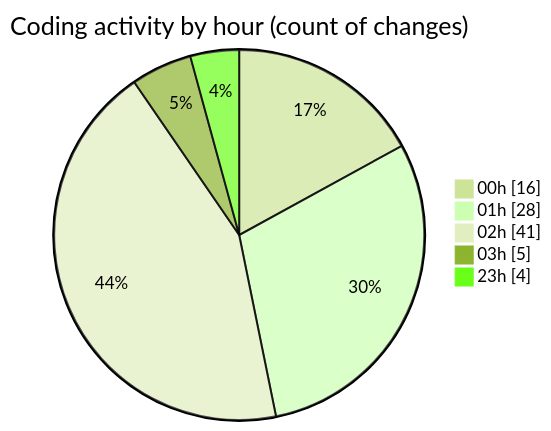
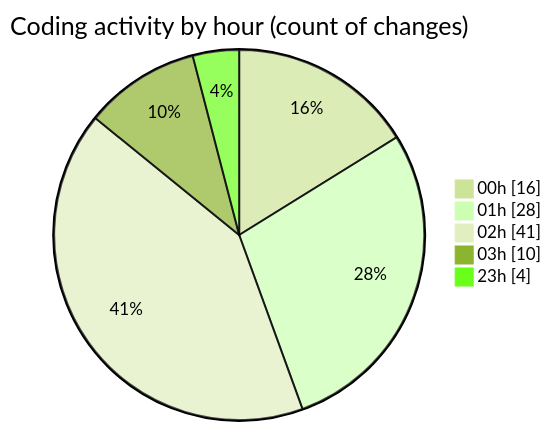
One commit to julien-gomy/code-tracking changed the second of 2 diagrams in 2025-11-23/eventscop-frontend-guide__workspace_/README.md. Above: the diagram before and after it, drawn with Mermaid (forest theme). The commit also changed other lines of this file and 1 other file, not shown here.

````diff
--- a/2025-11-23/eventscop-frontend-guide__workspace_/README.md
+++ b/2025-11-23/eventscop-frontend-guide__workspace_/README.md
@@ -60,9 +61,9 @@
 ```mermaid
 pie showData
 title Coding activity by hour (count of changes)
 "00h" : 16
 "01h" : 28
 "02h" : 41
-"03h" : 5
+"03h" : 10
 "23h" : 4
 ```
````
